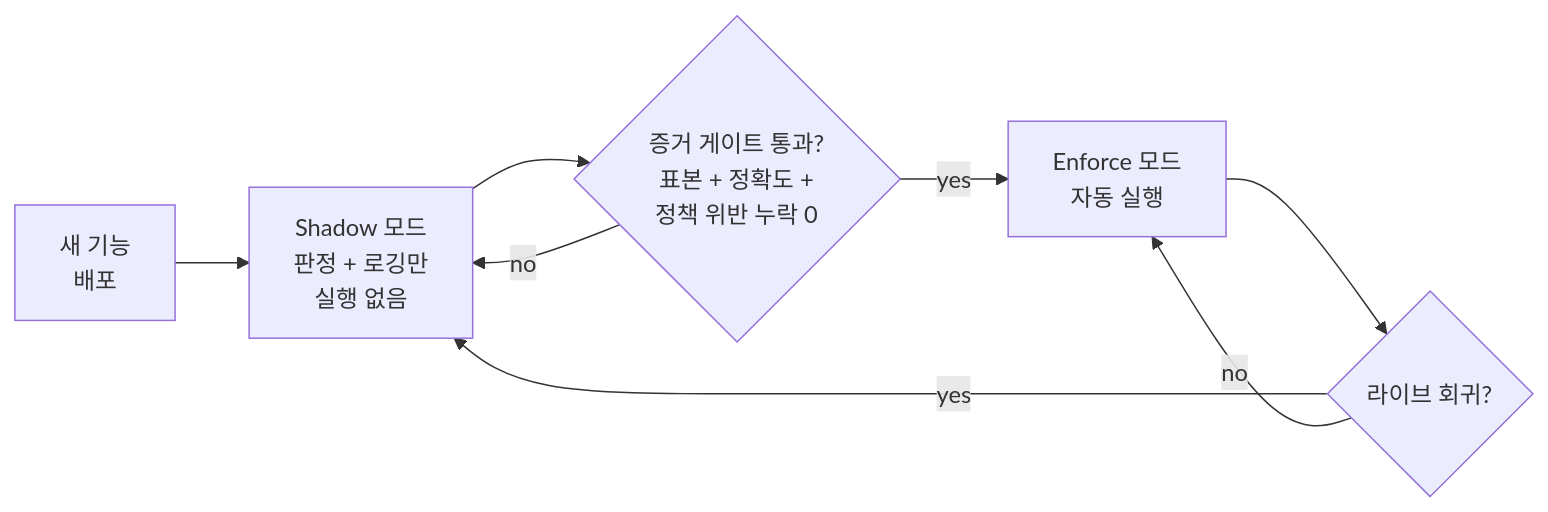
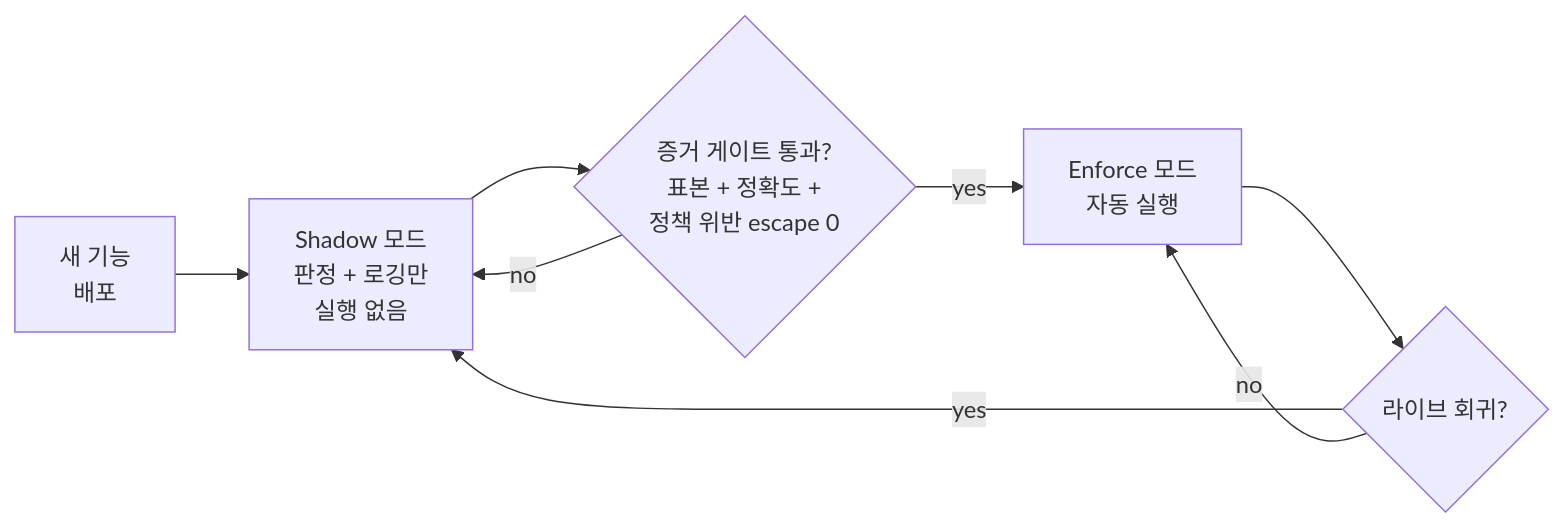
Before and after one commit to dotnetpower/azurewatcher: the diagram in docs/user-guide/concepts/shadow-then-enforce-ko.md, drawn with Mermaid. The commit also changed other lines of this file, not shown here.

````diff
--- a/docs/user-guide/concepts/shadow-then-enforce-ko.md
+++ b/docs/user-guide/concepts/shadow-then-enforce-ko.md
@@ -22,11 +22,11 @@
 ```mermaid
 flowchart LR
   NEW[새 기능<br/>배포]
   NEW --> SH[Shadow 모드<br/>판정 + 로깅만<br/>실행 없음]
-  SH --> M{증거 게이트 통과?<br/>표본 + 정확도 +<br/>정책 위반 누락 0}
+  SH --> M{증거 게이트 통과?<br/>표본 + 정확도 +<br/>정책 위반 escape 0}
   M -->|yes| EN[Enforce 모드<br/>자동 실행]
   M -->|no| SH
   EN --> R{라이브 회귀?}
   R -->|yes| SH
   R -->|no| EN
 ```
````
